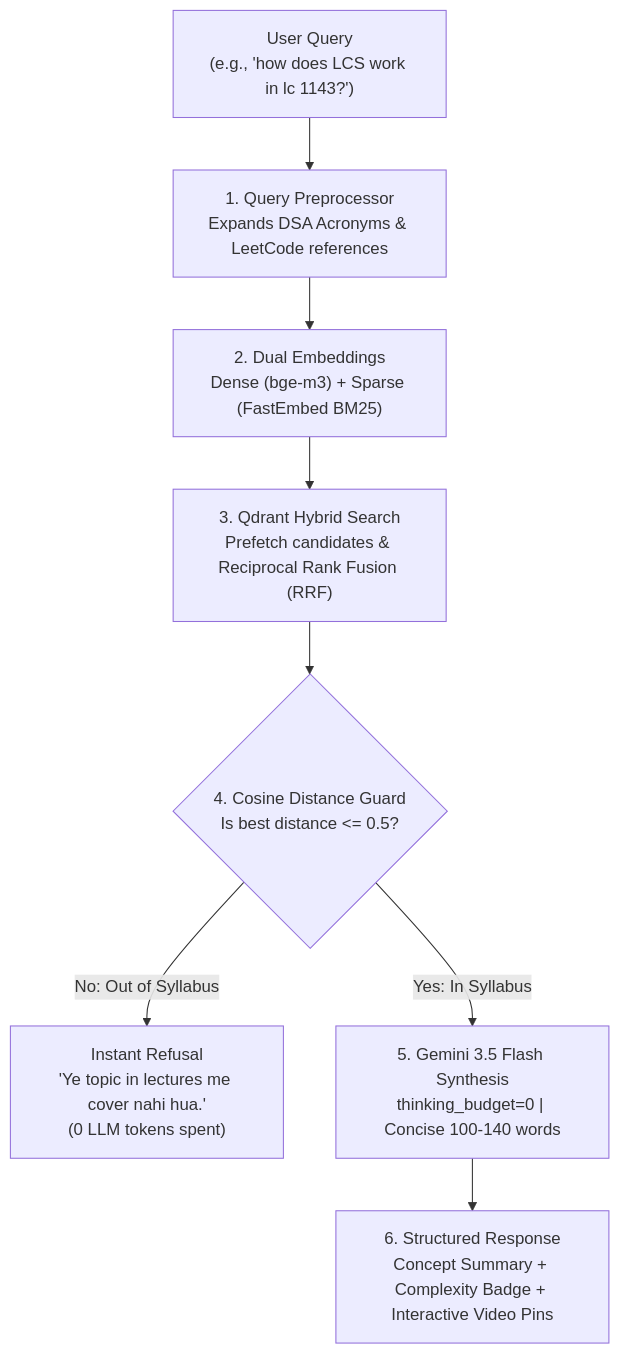
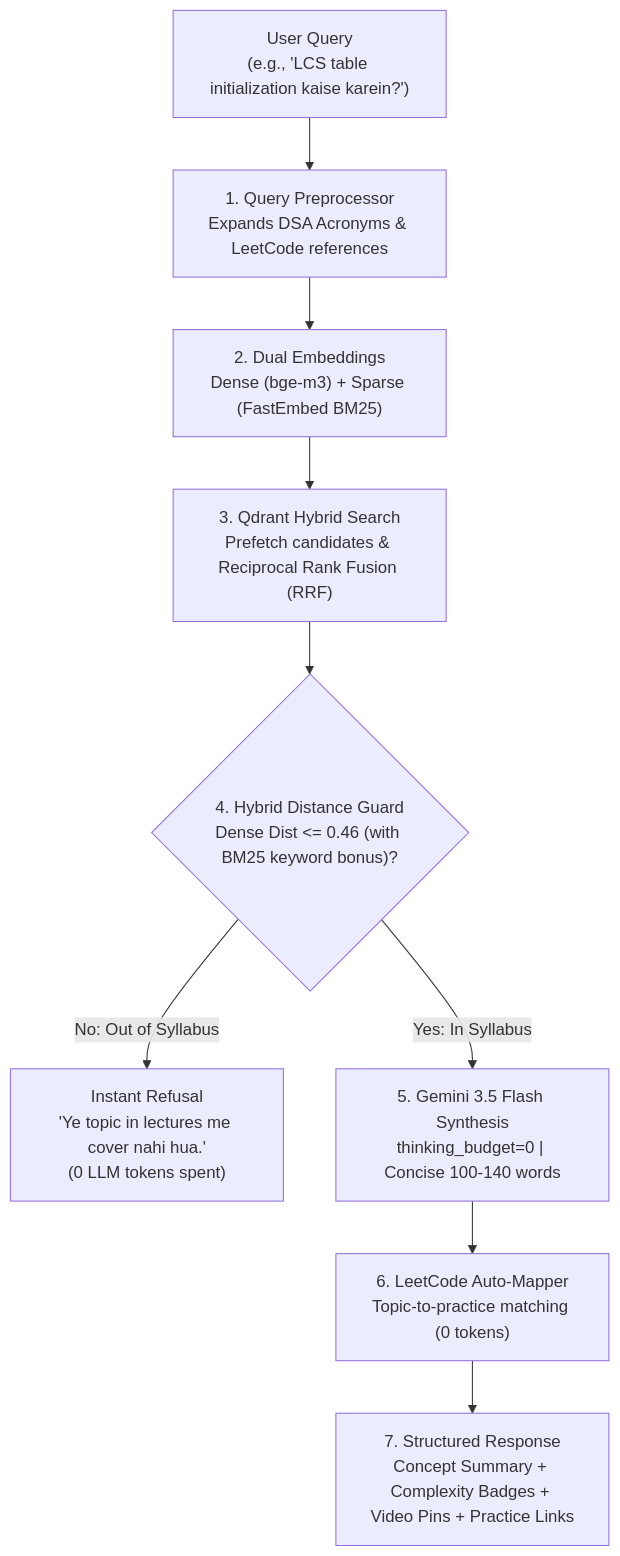
One commit to matrix-1407/chronoRAG changed the second of 3 diagrams in README.md. Above: the diagram before and after it, drawn with Mermaid. The commit also changed other lines of this file, not shown here.

Commit message:
docs: update README with Phase 3 & 4 architecture, LeetCode auto-mapper, and Obsidian export

````diff
--- a/README.md
+++ b/README.md
@@ -88,12 +93,13 @@
 ```mermaid
 flowchart TD
-    Q["User Query<br/>(e.g., 'how does LCS work in lc 1143?')"] --> Norm["1. Query Preprocessor<br/>Expands DSA Acronyms & LeetCode references"]
+    Q["User Query<br/>(e.g., 'LCS table initialization kaise karein?')"] --> Norm["1. Query Preprocessor<br/>Expands DSA Acronyms & LeetCode references"]
     Norm --> Embed["2. Dual Embeddings<br/>Dense (bge-m3) + Sparse (FastEmbed BM25)"]
     Embed --> RRF["3. Qdrant Hybrid Search<br/>Prefetch candidates & Reciprocal Rank Fusion (RRF)"]
-    RRF --> Guard{"4. Cosine Distance Guard<br/>Is best distance <= 0.5?"}
+    RRF --> Guard{"4. Hybrid Distance Guard<br/>Dense Dist <= 0.46 (with BM25 keyword bonus)?"}
     
     Guard -->|"No: Out of Syllabus"| Refuse["Instant Refusal<br/>'Ye topic in lectures me cover nahi hua.'<br/>(0 LLM tokens spent)"]
     Guard -->|"Yes: In Syllabus"| LLM["5. Gemini 3.5 Flash Synthesis<br/>thinking_budget=0 | Concise 100-140 words"]
     
-    LLM --> Out["6. Structured Response<br/>Concept Summary + Complexity Badge + Interactive Video Pins"]
+    LLM --> Map["6. LeetCode Auto-Mapper<br/>Topic-to-practice matching (0 tokens)"]
+    Map --> Out["7. Structured Response<br/>Concept Summary + Complexity Badges + Video Pins + Practice Links"]
 ```
````
